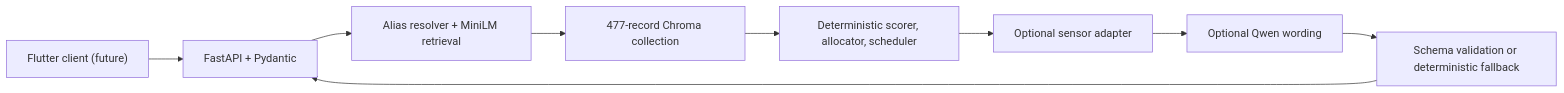
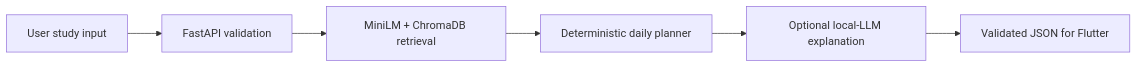
Before and after one commit to Nagy-API/ErgoStudy-AI: the diagram in README.md, drawn with Mermaid. The commit also changed other lines of this file and 116 other files, not shown here.

````diff
--- a/README.md
+++ b/README.md
@@ -20,11 +9,8 @@
 ```mermaid
 flowchart LR
-    A["Flutter client (future)"] --> B["FastAPI + Pydantic"]
-    B --> C["Alias resolver + MiniLM retrieval"]
-    C --> D["477-record Chroma collection"]
-    D --> E["Deterministic scorer, allocator, scheduler"]
-    E --> F["Optional sensor adapter"]
-    F --> G["Optional Qwen wording"]
-    G --> H["Schema validation or deterministic fallback"]
-    H --> B
+    A["User study input"] --> B["FastAPI validation"]
+    B --> C["MiniLM + ChromaDB retrieval"]
+    C --> D["Deterministic daily planner"]
+    D --> E["Optional local-LLM explanation"]
+    E --> F["Validated JSON for Flutter"]
 ```
````
